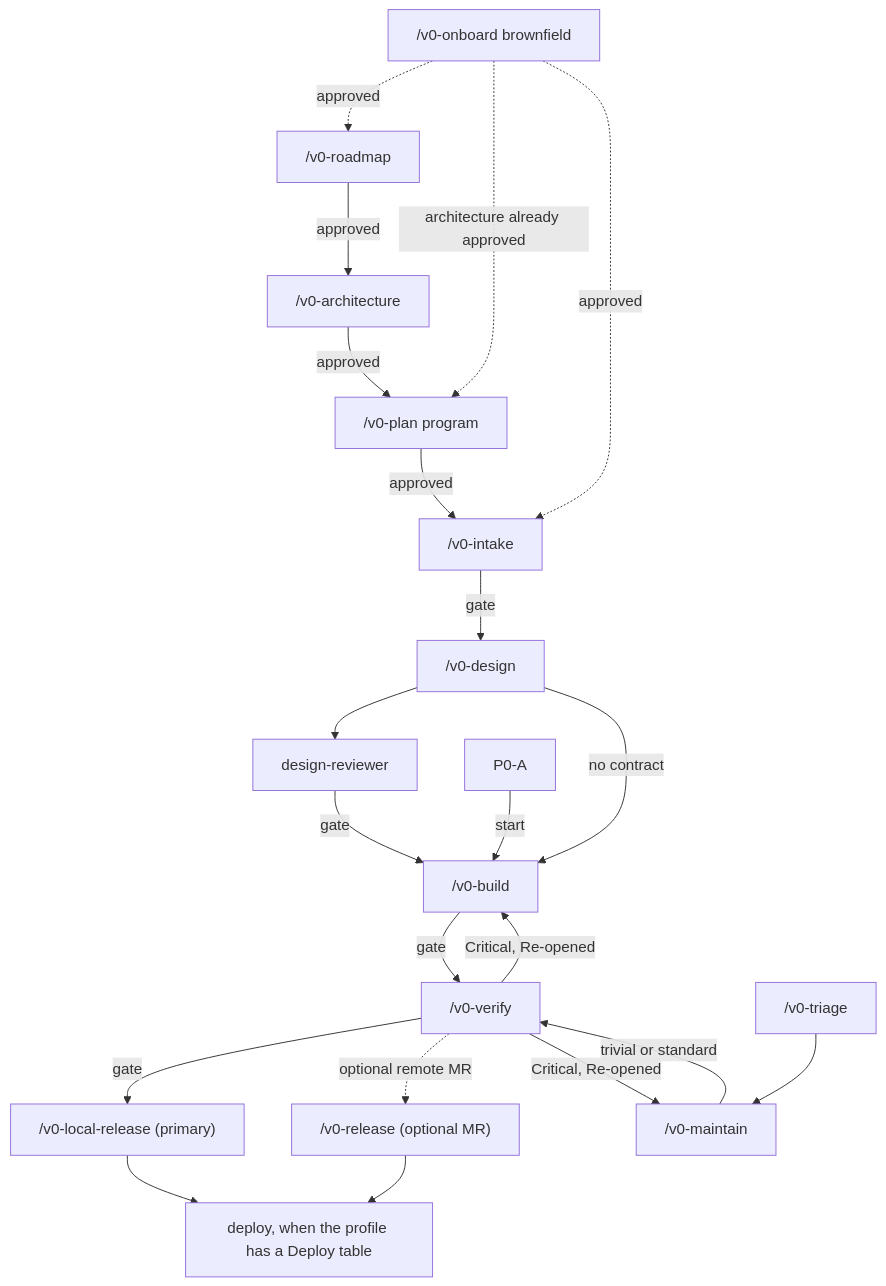
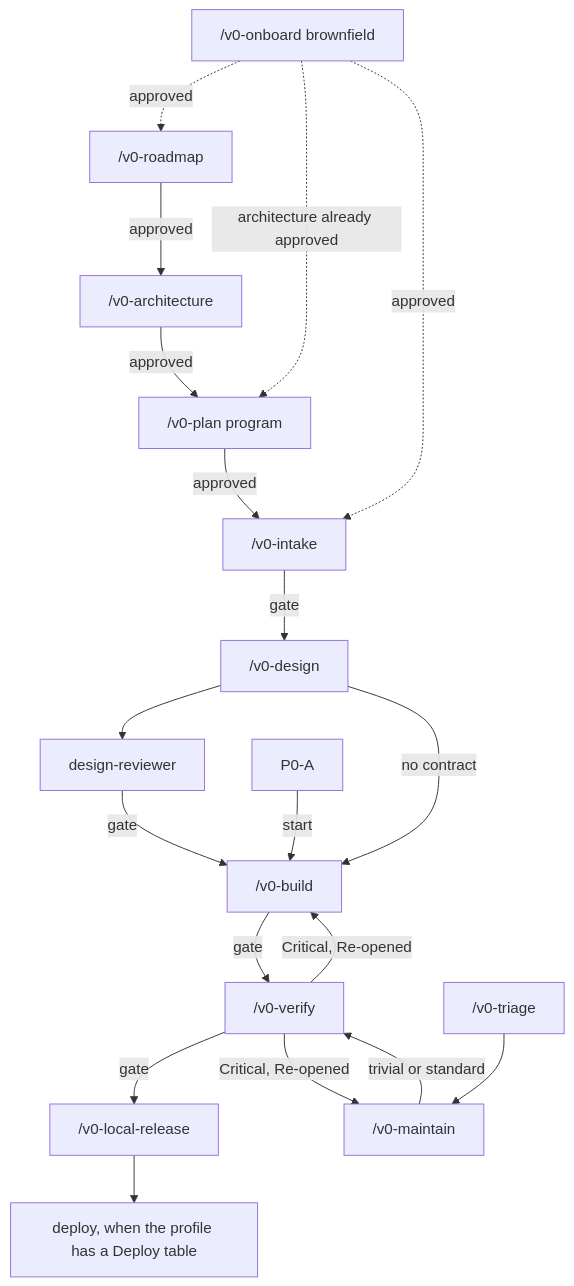
Before and after one commit to mdurana/agents-v0-kit: the diagram in templates/docs/agents-v0/agents-v0-kit.md, drawn with Mermaid. The commit also changed other lines of this file and 16 other files, not shown here.

First line of the commit message:
local-release: remove /v0-release and release-pr and unify lifecycle on /v0-local-release

````diff
--- a/templates/docs/agents-v0/agents-v0-kit.md
+++ b/templates/docs/agents-v0/agents-v0-kit.md
@@ -9,39 +9,36 @@
 ```mermaid
 flowchart TD
   onboard["/v0-onboard brownfield"]
   roadmap["/v0-roadmap"]
   arch["/v0-architecture"]
   plan["/v0-plan program"]
   intake["/v0-intake"]
   design["/v0-design"]
   dreview["design-reviewer"]
   build["/v0-build"]
   p0["P0-A"]
   verify["/v0-verify"]
-  localrel["/v0-local-release (primary)"]
-  release["/v0-release (optional MR)"]
+  localrel["/v0-local-release"]
   deploy["deploy, when the profile has a Deploy table"]
   triage["/v0-triage"]
   maintain["/v0-maintain"]
 
   onboard -.->|approved| roadmap
   onboard -.->|architecture already approved| plan
   onboard -.->|approved| intake
   roadmap -->|approved| arch
   arch -->|approved| plan
   plan -->|approved| intake
   intake -->|gate| design
   design --> dreview
   dreview -->|gate| build
   design -->|no contract| build
   p0 -->|start| build
   build -->|gate| verify
   verify -->|Critical, Re-opened| build
   verify -->|gate| localrel
-  verify -.->|optional remote MR| release
   localrel --> deploy
-  release --> deploy
   triage --> maintain
   maintain -->|trivial or standard| verify
   verify -->|Critical, Re-opened| maintain
 ```
````
